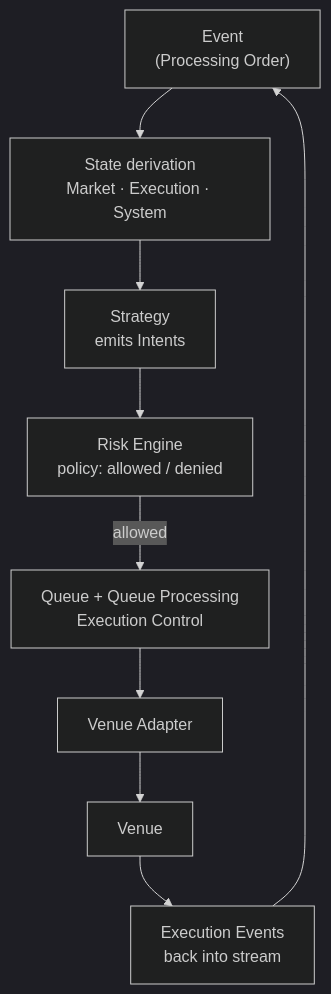
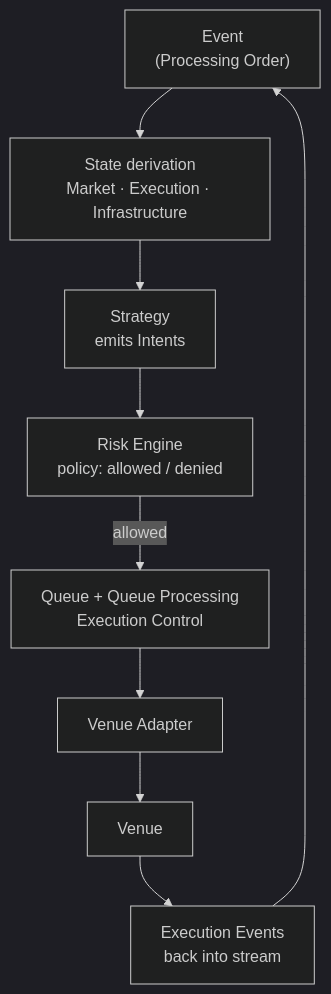
Before and after one commit to TradingChassis/docs: the second of 2 diagrams in docs/10-architecture/architecture-overview.md, drawn with Mermaid (dark theme). The commit also changed other lines of this file and 73 other files, not shown here.

````diff
--- a/docs/10-architecture/architecture-overview.md
+++ b/docs/10-architecture/architecture-overview.md
@@ -86,20 +86,20 @@
 ```mermaid
 flowchart TB
     E["Event\n(Processing Order)"]
-    S["State derivation\nMarket · Execution · System"]
+    S["State derivation\nMarket · Execution · Infrastructure"]
     ST["Strategy\nemits Intents"]
     R["Risk Engine\npolicy: allowed / denied"]
     Q["Queue + Queue Processing\nExecution Control"]
     D["Venue Adapter"]
     V["Venue"]
     F["Execution Events\nback into stream"]
 
     E --> S
     S --> ST
     ST --> R
     R -->|"allowed"| Q
     Q --> D
     D --> V
     V --> F
     F --> E
 ```
````
